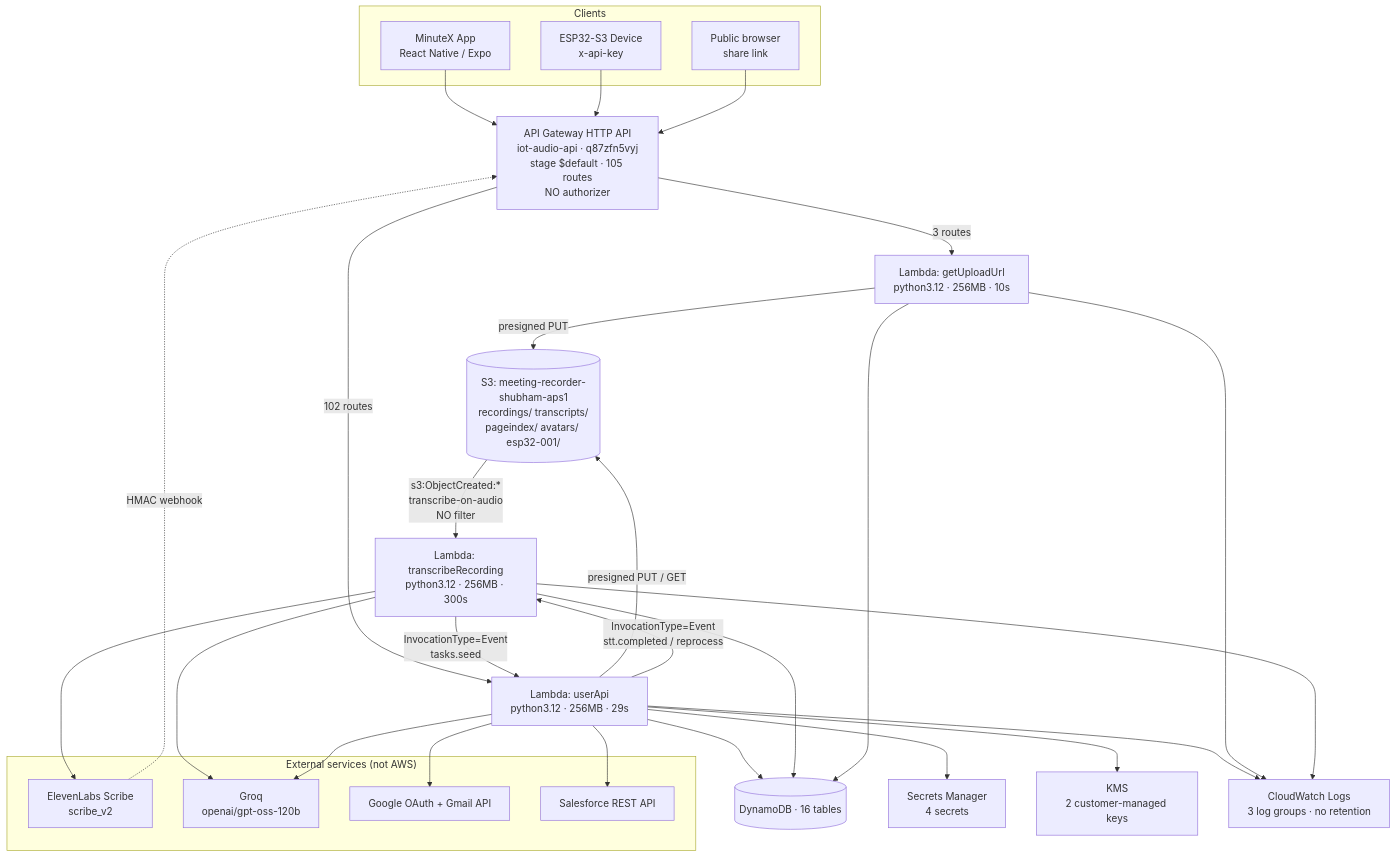
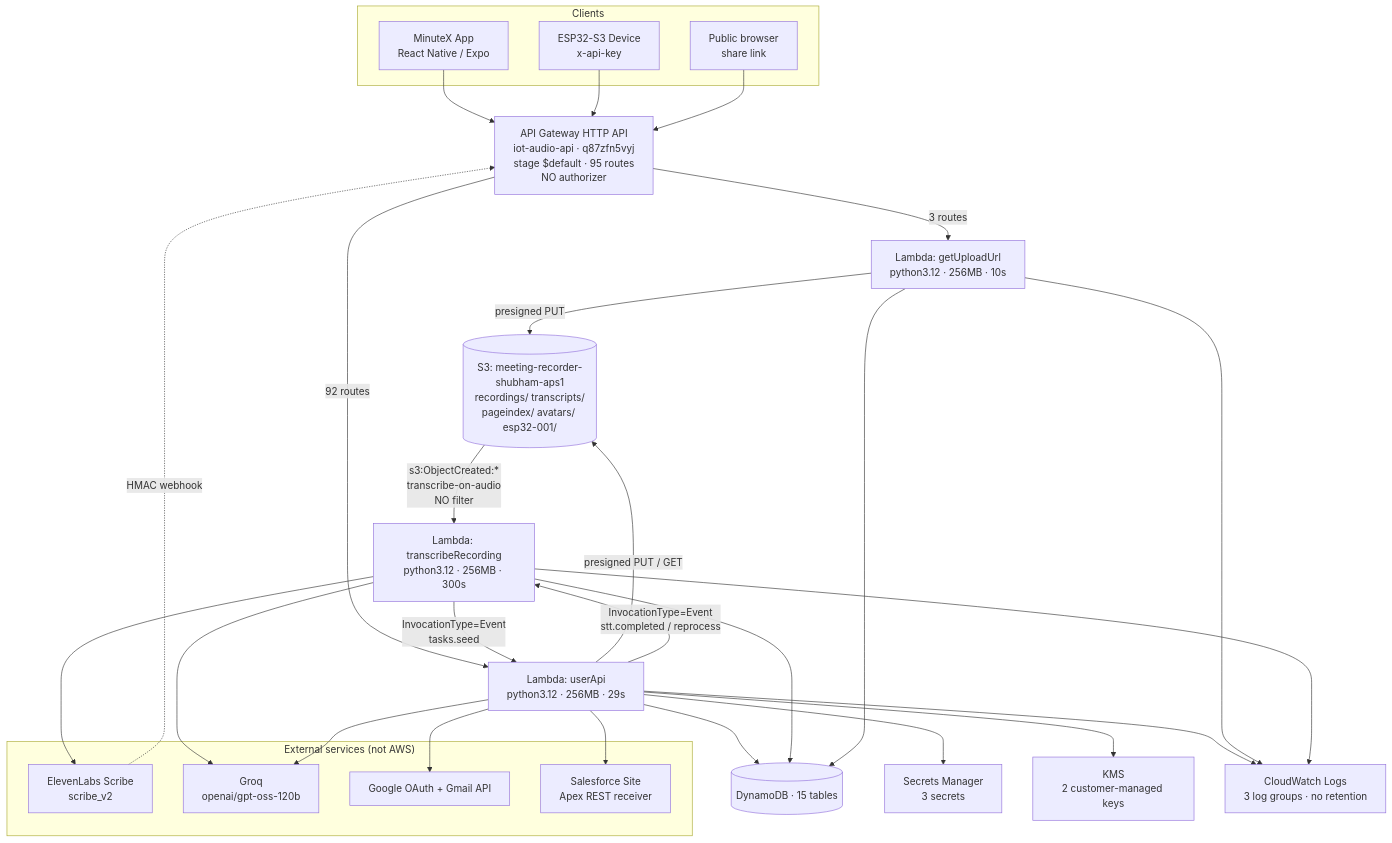
The first of 7 diagrams in AWS_ARCHITECTURE.md (shubhampatil-ai/MinuteX), drawn with Mermaid before and after one commit. The commit also changed other lines of this file and 143 other files, not shown here.

````diff
--- a/AWS_ARCHITECTURE.md
+++ b/AWS_ARCHITECTURE.md
@@ -101,56 +112,56 @@
 ```mermaid
 flowchart TD
     subgraph Clients
       APP["MinuteX App<br/>React Native / Expo"]
       DEV["ESP32-S3 Device<br/>x-api-key"]
       WEB["Public browser<br/>share link"]
     end
 
-    API["API Gateway HTTP API<br/>iot-audio-api · q87zfn5vyj<br/>stage $default · 105 routes<br/>NO authorizer"]
+    API["API Gateway HTTP API<br/>iot-audio-api · q87zfn5vyj<br/>stage $default · 95 routes<br/>NO authorizer"]
 
     APP --> API
     DEV --> API
     WEB --> API
 
     API -->|"3 routes"| GUU["Lambda: getUploadUrl<br/>python3.12 · 256MB · 10s"]
-    API -->|"102 routes"| UA["Lambda: userApi<br/>python3.12 · 256MB · 29s"]
+    API -->|"92 routes"| UA["Lambda: userApi<br/>python3.12 · 256MB · 29s"]
 
     S3[("S3: meeting-recorder-shubham-aps1<br/>recordings/ transcripts/<br/>pageindex/ avatars/ esp32-001/")]
     TR["Lambda: transcribeRecording<br/>python3.12 · 256MB · 300s"]
 
     GUU -->|"presigned PUT"| S3
     UA -->|"presigned PUT / GET"| S3
     S3 -->|"s3:ObjectCreated:*<br/>transcribe-on-audio<br/>NO filter"| TR
 
     UA -->|"InvocationType=Event<br/>stt.completed / reprocess"| TR
     TR -->|"InvocationType=Event<br/>tasks.seed"| UA
 
-    DDB[("DynamoDB · 16 tables")]
+    DDB[("DynamoDB · 15 tables")]
     UA --> DDB
     TR --> DDB
     GUU --> DDB
 
-    SM["Secrets Manager<br/>4 secrets"]
+    SM["Secrets Manager<br/>3 secrets"]
     KMS["KMS<br/>2 customer-managed keys"]
     UA --> SM
     UA --> KMS
 
     LOGS["CloudWatch Logs<br/>3 log groups · no retention"]
     UA --> LOGS
     GUU --> LOGS
     TR --> LOGS
 
     subgraph External["External services (not AWS)"]
       EL["ElevenLabs Scribe<br/>scribe_v2"]
       GQ["Groq<br/>openai/gpt-oss-120b"]
       GM["Google OAuth + Gmail API"]
-      SF["Salesforce REST API"]
+      SF["Salesforce Site<br/>Apex REST receiver"]
     end
 
     TR --> EL
     EL -.->|"HMAC webhook"| API
     TR --> GQ
     UA --> GQ
     UA --> GM
     UA --> SF
 ```
````
